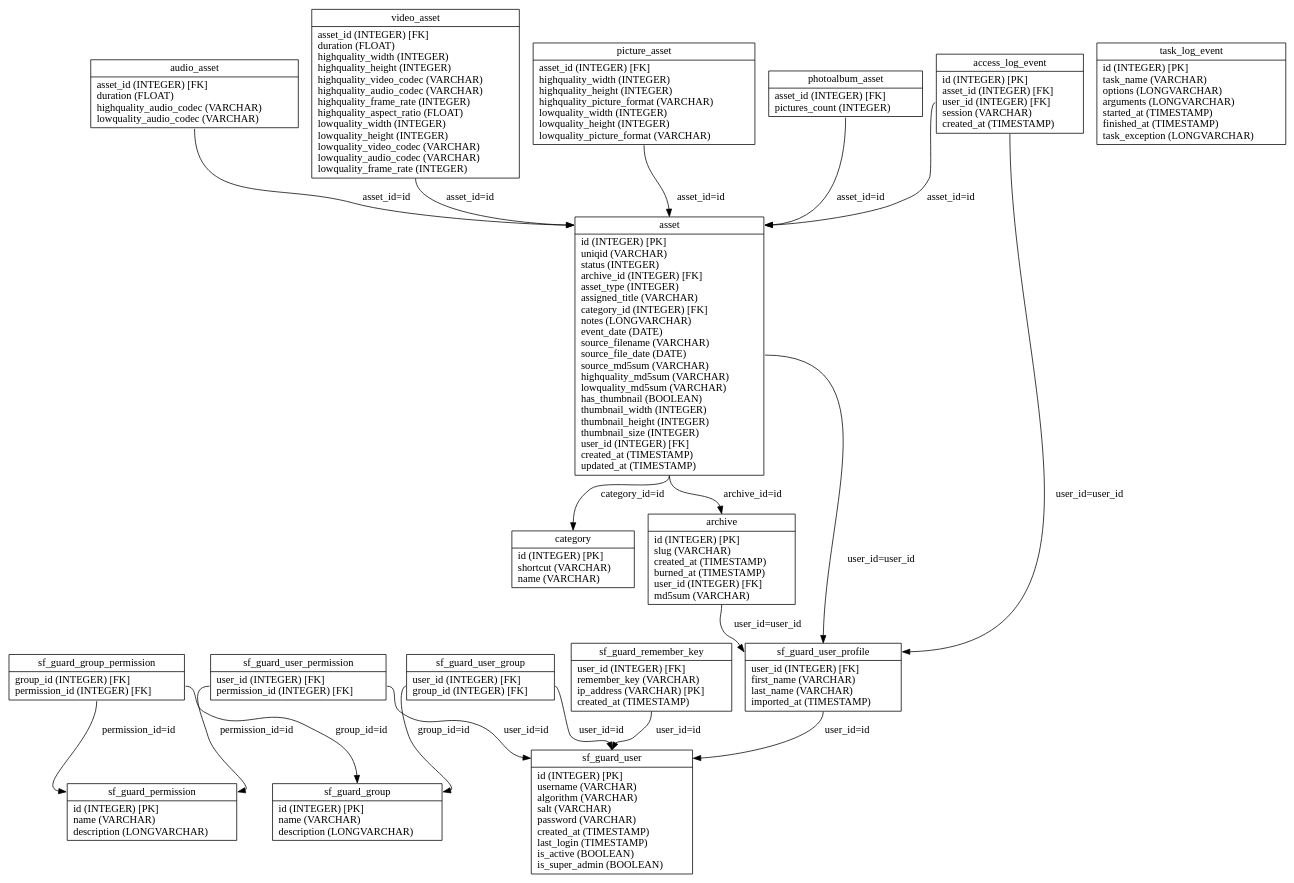
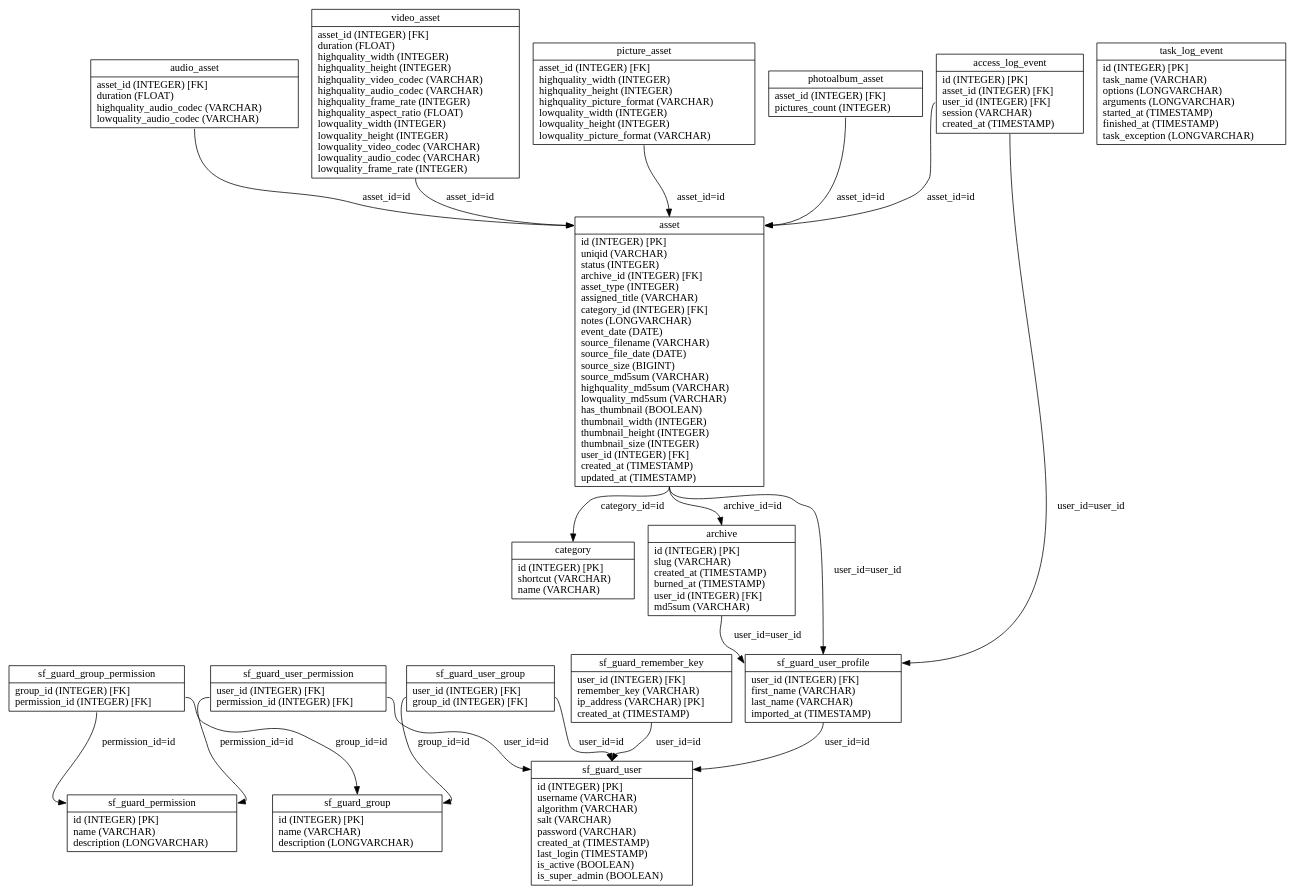
One commit to loristissino/wviola changed the diagram in graph/propel.schema.dot. Above: the diagram before and after it, drawn with Graphviz. The commit also changed 59 other files, not shown here.

```diff
--- a/graph/propel.schema.dot
+++ b/graph/propel.schema.dot
@@ -1,38 +1,38 @@
 digraph G {
 nodesf_guard_group [label="{<table>sf_guard_group|<cols>id (INTEGER) [PK]\lname (VARCHAR)\ldescription (LONGVARCHAR)\l}", shape=record];
 nodesf_guard_permission [label="{<table>sf_guard_permission|<cols>id (INTEGER) [PK]\lname (VARCHAR)\ldescription (LONGVARCHAR)\l}", shape=record];
 nodesf_guard_group_permission [label="{<table>sf_guard_group_permission|<cols>group_id (INTEGER) [FK]\lpermission_id (INTEGER) [FK]\l}", shape=record];
 nodesf_guard_user [label="{<table>sf_guard_user|<cols>id (INTEGER) [PK]\lusername (VARCHAR)\lalgorithm (VARCHAR)\lsalt (VARCHAR)\lpassword (VARCHAR)\lcreated_at (TIMESTAMP)\llast_login (TIMESTAMP)\lis_active (BOOLEAN)\lis_super_admin (BOOLEAN)\l}", shape=record];
 nodesf_guard_user_permission [label="{<table>sf_guard_user_permission|<cols>user_id (INTEGER) [FK]\lpermission_id (INTEGER) [FK]\l}", shape=record];
 nodesf_guard_user_group [label="{<table>sf_guard_user_group|<cols>user_id (INTEGER) [FK]\lgroup_id (INTEGER) [FK]\l}", shape=record];
 nodesf_guard_remember_key [label="{<table>sf_guard_remember_key|<cols>user_id (INTEGER) [FK]\lremember_key (VARCHAR)\lip_address (VARCHAR) [PK]\lcreated_at (TIMESTAMP)\l}", shape=record];
 nodesf_guard_user_profile [label="{<table>sf_guard_user_profile|<cols>user_id (INTEGER) [FK]\lfirst_name (VARCHAR)\llast_name (VARCHAR)\limported_at (TIMESTAMP)\l}", shape=record];
-nodeasset [label="{<table>asset|<cols>id (INTEGER) [PK]\luniqid (VARCHAR)\lstatus (INTEGER)\larchive_id (INTEGER) [FK]\lasset_type (INTEGER)\lassigned_title (VARCHAR)\lcategory_id (INTEGER) [FK]\lnotes (LONGVARCHAR)\levent_date (DATE)\lsource_filename (VARCHAR)\lsource_file_date (DATE)\lsource_md5sum (VARCHAR)\lhighquality_md5sum (VARCHAR)\llowquality_md5sum (VARCHAR)\lhas_thumbnail (BOOLEAN)\lthumbnail_width (INTEGER)\lthumbnail_height (INTEGER)\lthumbnail_size (INTEGER)\luser_id (INTEGER) [FK]\lcreated_at (TIMESTAMP)\lupdated_at (TIMESTAMP)\l}", shape=record];
+nodeasset [label="{<table>asset|<cols>id (INTEGER) [PK]\luniqid (VARCHAR)\lstatus (INTEGER)\larchive_id (INTEGER) [FK]\lasset_type (INTEGER)\lassigned_title (VARCHAR)\lcategory_id (INTEGER) [FK]\lnotes (LONGVARCHAR)\levent_date (DATE)\lsource_filename (VARCHAR)\lsource_file_date (DATE)\lsource_size (BIGINT)\lsource_md5sum (VARCHAR)\lhighquality_md5sum (VARCHAR)\llowquality_md5sum (VARCHAR)\lhas_thumbnail (BOOLEAN)\lthumbnail_width (INTEGER)\lthumbnail_height (INTEGER)\lthumbnail_size (INTEGER)\luser_id (INTEGER) [FK]\lcreated_at (TIMESTAMP)\lupdated_at (TIMESTAMP)\l}", shape=record];
 nodevideo_asset [label="{<table>video_asset|<cols>asset_id (INTEGER) [FK]\lduration (FLOAT)\lhighquality_width (INTEGER)\lhighquality_height (INTEGER)\lhighquality_video_codec (VARCHAR)\lhighquality_audio_codec (VARCHAR)\lhighquality_frame_rate (INTEGER)\lhighquality_aspect_ratio (FLOAT)\llowquality_width (INTEGER)\llowquality_height (INTEGER)\llowquality_video_codec (VARCHAR)\llowquality_audio_codec (VARCHAR)\llowquality_frame_rate (INTEGER)\l}", shape=record];
 nodepicture_asset [label="{<table>picture_asset|<cols>asset_id (INTEGER) [FK]\lhighquality_width (INTEGER)\lhighquality_height (INTEGER)\lhighquality_picture_format (VARCHAR)\llowquality_width (INTEGER)\llowquality_height (INTEGER)\llowquality_picture_format (VARCHAR)\l}", shape=record];
 nodephotoalbum_asset [label="{<table>photoalbum_asset|<cols>asset_id (INTEGER) [FK]\lpictures_count (INTEGER)\l}", shape=record];
 nodeaudio_asset [label="{<table>audio_asset|<cols>asset_id (INTEGER) [FK]\lduration (FLOAT)\lhighquality_audio_codec (VARCHAR)\llowquality_audio_codec (VARCHAR)\l}", shape=record];
 nodearchive [label="{<table>archive|<cols>id (INTEGER) [PK]\lslug (VARCHAR)\lcreated_at (TIMESTAMP)\lburned_at (TIMESTAMP)\luser_id (INTEGER) [FK]\lmd5sum (VARCHAR)\l}", shape=record];
 nodecategory [label="{<table>category|<cols>id (INTEGER) [PK]\lshortcut (VARCHAR)\lname (VARCHAR)\l}", shape=record];
 nodeaccess_log_event [label="{<table>access_log_event|<cols>id (INTEGER) [PK]\lasset_id (INTEGER) [FK]\luser_id (INTEGER) [FK]\lsession (VARCHAR)\lcreated_at (TIMESTAMP)\l}", shape=record];
 nodetask_log_event [label="{<table>task_log_event|<cols>id (INTEGER) [PK]\ltask_name (VARCHAR)\loptions (LONGVARCHAR)\larguments (LONGVARCHAR)\lstarted_at (TIMESTAMP)\lfinished_at (TIMESTAMP)\ltask_exception (LONGVARCHAR)\l}", shape=record];
 
 nodesf_guard_group_permission:cols -> nodesf_guard_group:table [label="group_id=id "];
 nodesf_guard_group_permission:cols -> nodesf_guard_permission:table [label="permission_id=id "];
 nodesf_guard_user_permission:cols -> nodesf_guard_user:table [label="user_id=id "];
 nodesf_guard_user_permission:cols -> nodesf_guard_permission:table [label="permission_id=id "];
 nodesf_guard_user_group:cols -> nodesf_guard_user:table [label="user_id=id "];
 nodesf_guard_user_group:cols -> nodesf_guard_group:table [label="group_id=id "];
 nodesf_guard_remember_key:cols -> nodesf_guard_user:table [label="user_id=id "];
 nodesf_guard_user_profile:cols -> nodesf_guard_user:table [label="user_id=id "];
 nodeasset:cols -> nodearchive:table [label="archive_id=id "];
 nodeasset:cols -> nodecategory:table [label="category_id=id "];
 nodeasset:cols -> nodesf_guard_user_profile:table [label="user_id=user_id "];
 nodevideo_asset:cols -> nodeasset:table [label="asset_id=id "];
 nodepicture_asset:cols -> nodeasset:table [label="asset_id=id "];
 nodephotoalbum_asset:cols -> nodeasset:table [label="asset_id=id "];
 nodeaudio_asset:cols -> nodeasset:table [label="asset_id=id "];
 nodearchive:cols -> nodesf_guard_user_profile:table [label="user_id=user_id "];
 nodeaccess_log_event:cols -> nodeasset:table [label="asset_id=id "];
 nodeaccess_log_event:cols -> nodesf_guard_user_profile:table [label="user_id=user_id "];
 }
```
